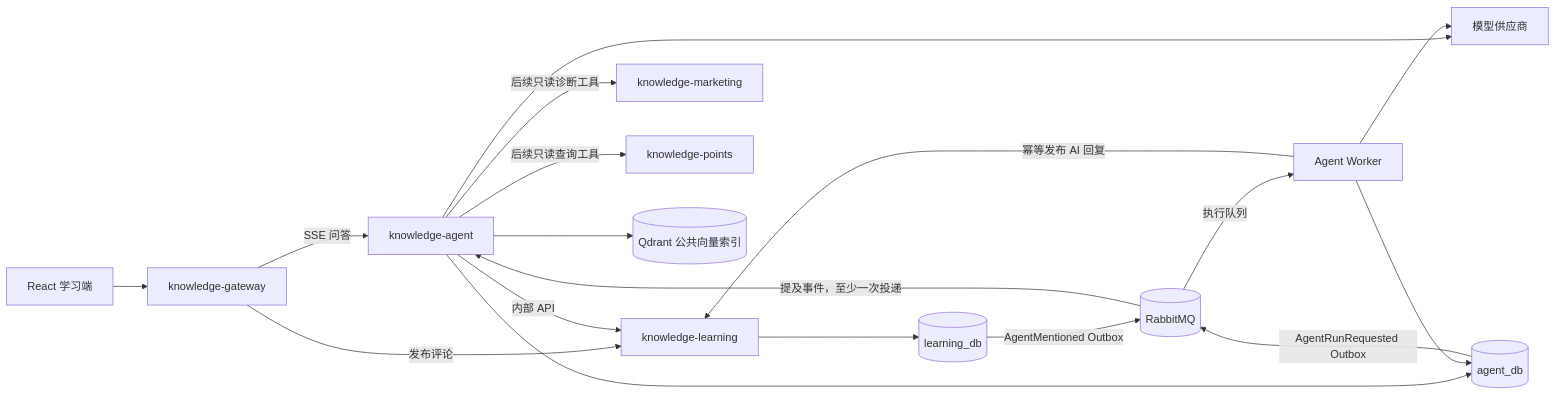
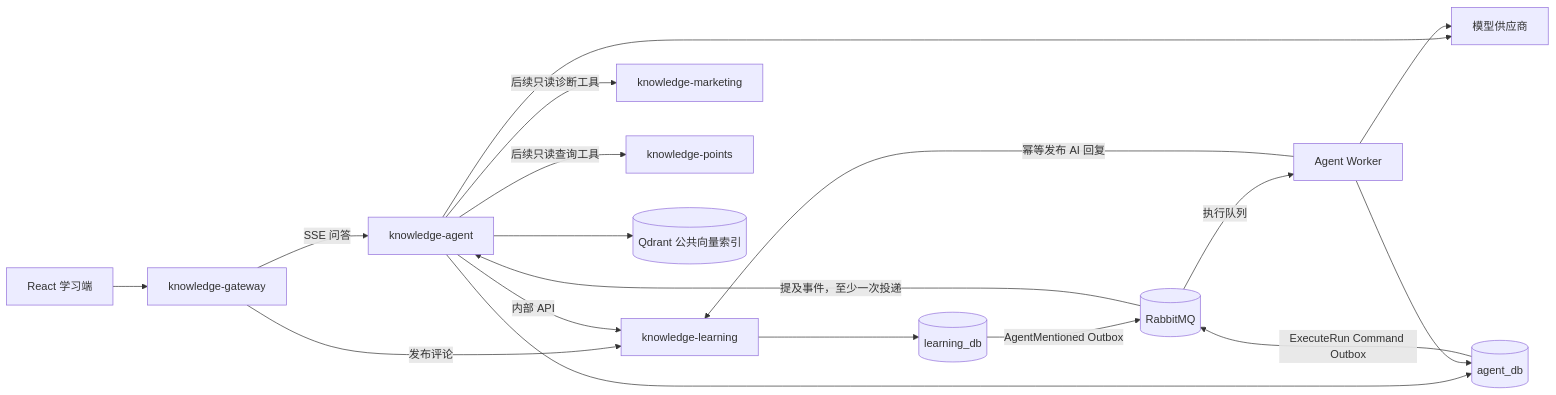
Before and after one commit to SarekCui/knowledge-workshop: the first of 3 diagrams in docs/19-xiaozhi-agent-initial-design.md, drawn with Mermaid. The commit also changed other lines of this file and 155 other files, not shown here.

````diff
--- a/docs/19-xiaozhi-agent-initial-design.md
+++ b/docs/19-xiaozhi-agent-initial-design.md
@@ -52,22 +52,22 @@
 ```mermaid
 flowchart LR
     Web[React 学习端] --> Gateway[knowledge-gateway]
     Gateway -->|SSE 问答| Agent[knowledge-agent]
     Gateway -->|发布评论| Learning[knowledge-learning]
 
     Learning --> LearningDB[(learning_db)]
     LearningDB -->|AgentMentioned Outbox| MQ[(RabbitMQ)]
     MQ -->|提及事件，至少一次投递| Agent
 
     Agent -->|内部 API| Learning
     Agent -->|后续只读诊断工具| Marketing[knowledge-marketing]
     Agent -->|后续只读查询工具| Points[knowledge-points]
     Agent --> Model[模型供应商]
     Agent --> Vector[(Qdrant 公共向量索引)]
     Agent --> AgentDB[(agent_db)]
-    AgentDB -->|AgentRunRequested Outbox| MQ
+    AgentDB -->|ExecuteRun Command Outbox| MQ
     MQ -->|执行队列| Worker[Agent Worker]
     Worker --> AgentDB
     Worker --> Model
     Worker -->|幂等发布 AI 回复| Learning
 ```
````
